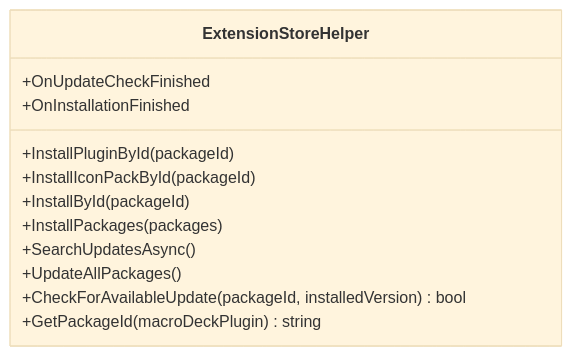
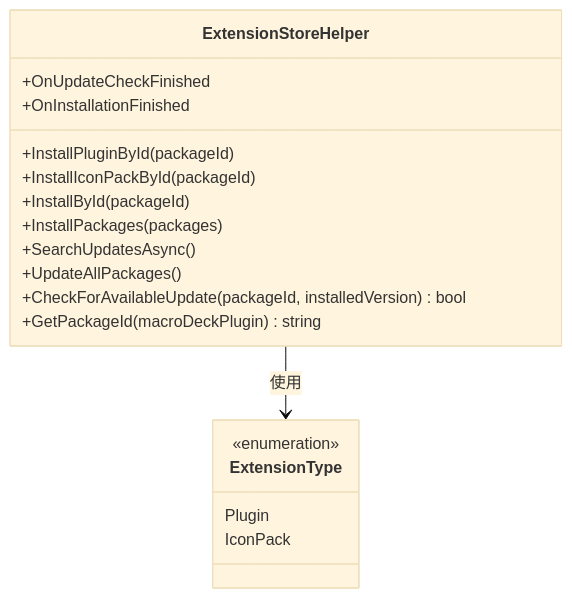
One commit to tea4go/Macro-Deck changed the third of 11 diagrams in .qoder/repowiki/zh/content/扩展商店/扩展商店.md. Above: the diagram before and after it, drawn with Mermaid (base theme). The commit also changed other lines of this file and 33 other files, not shown here.

````diff
--- a/.qoder/repowiki/zh/content/扩展商店/扩展商店.md
+++ b/.qoder/repowiki/zh/content/扩展商店/扩展商店.md
@@ -172,15 +199,21 @@
 ```mermaid
 classDiagram
 class ExtensionStoreHelper {
 +InstallPluginById(packageId)
 +InstallIconPackById(packageId)
 +InstallById(packageId)
 +InstallPackages(packages)
 +SearchUpdatesAsync()
 +UpdateAllPackages()
 +CheckForAvailableUpdate(packageId, installedVersion) bool
 +GetPackageId(macroDeckPlugin) string
 +OnUpdateCheckFinished
 +OnInstallationFinished
 }
+class ExtensionType {
+<<enumeration>>
+Plugin
+IconPack
+}
+ExtensionStoreHelper --> ExtensionType : 使用
 ```
````
